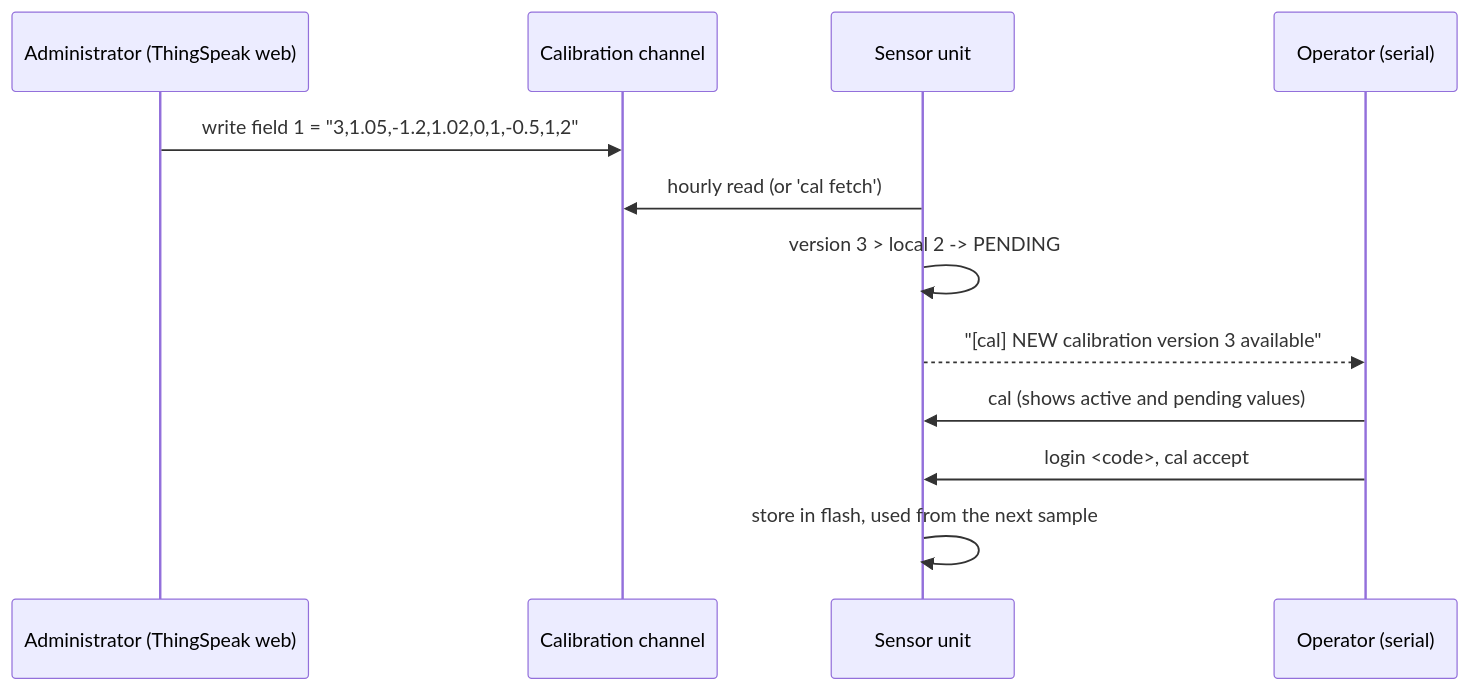
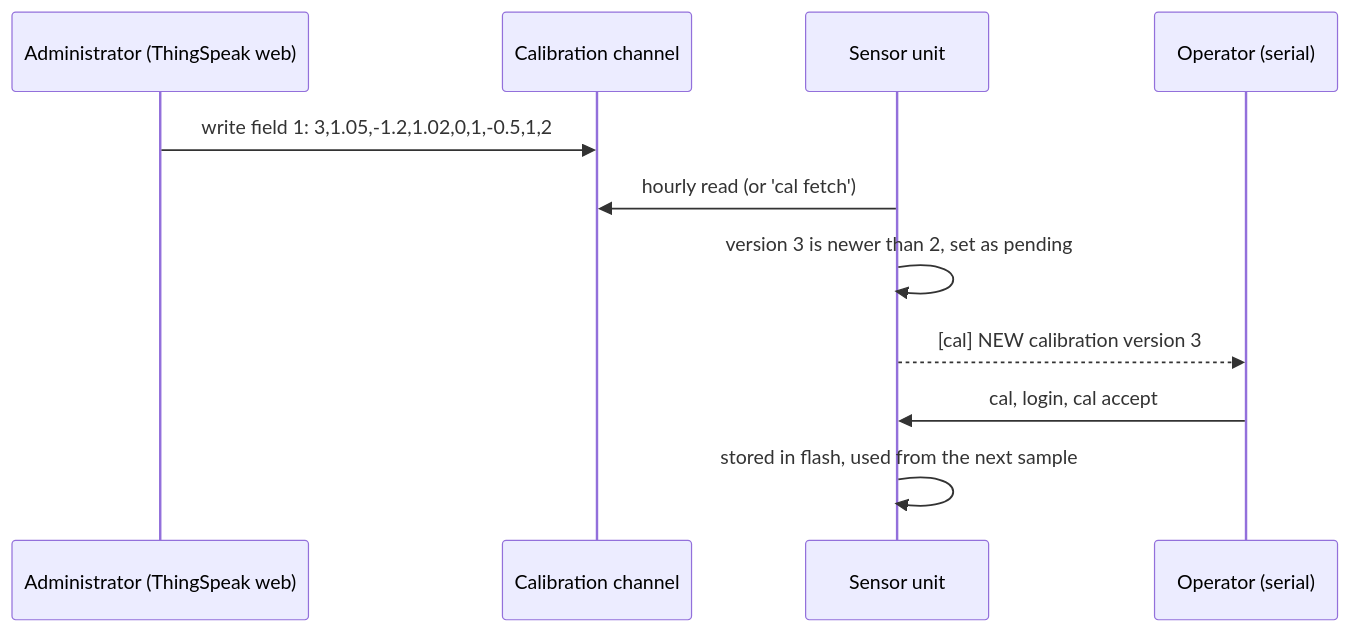
One commit to FPetkovski127/PMS_FreeRTOS changed diagram 12 of 12 in CODE_EXPLAINED.md. Above: the diagram before and after it, drawn with Mermaid. The commit also changed other lines of this file and 60 other files, not shown here.

````diff
--- a/CODE_EXPLAINED.md
+++ b/CODE_EXPLAINED.md
@@ -446,14 +406,13 @@
 ```mermaid
 sequenceDiagram
   participant T as Administrator (ThingSpeak web)
   participant CH as Calibration channel
   participant U as Sensor unit
   participant O as Operator (serial)
-  T->>CH: write field 1 = "3,1.05,-1.2,1.02,0,1,-0.5,1,2"
+  T->>CH: write field 1: 3,1.05,-1.2,1.02,0,1,-0.5,1,2
   U->>CH: hourly read (or 'cal fetch')
-  U->>U: version 3 > local 2 -> PENDING
-  U-->>O: "[cal] NEW calibration version 3 available"
-  O->>U: cal   (shows active and pending values)
-  O->>U: login <code>, cal accept
-  U->>U: store in flash, used from the next sample
+  U->>U: version 3 is newer than 2, set as pending
+  U-->>O: [cal] NEW calibration version 3
+  O->>U: cal, login, cal accept
+  U->>U: stored in flash, used from the next sample
 ```
````
